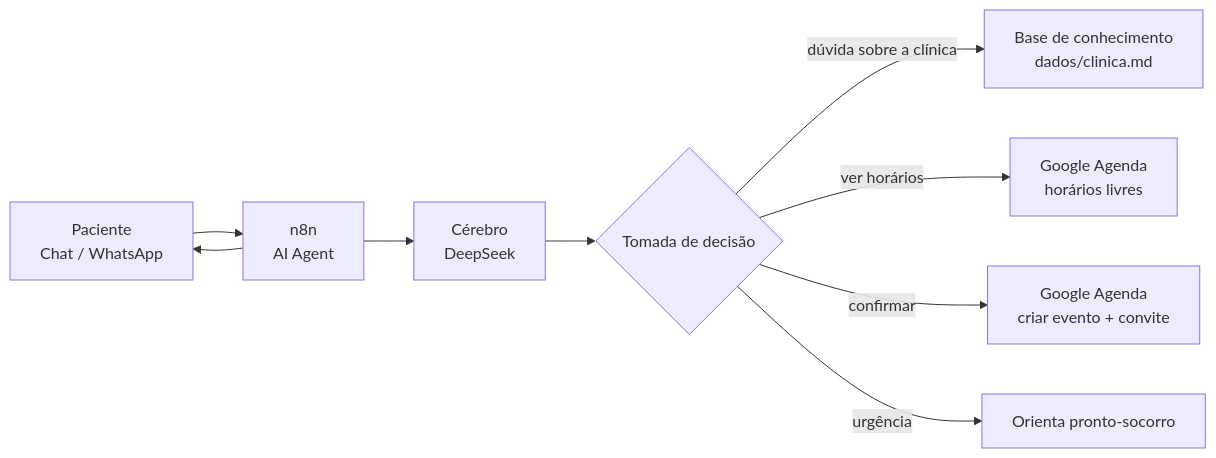
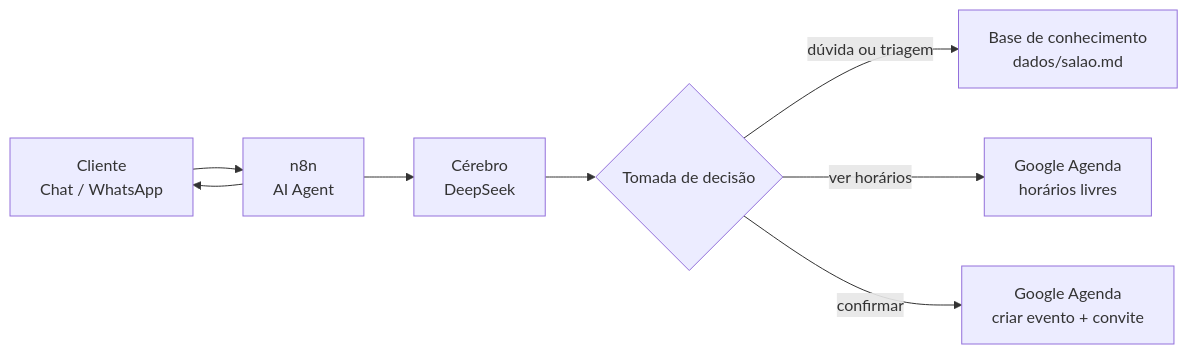
One commit to kbrianps/jabuticaba changed the diagram in README.md. Above: the diagram before and after it, drawn with Mermaid. The commit also changed other lines of this file and 4 other files, not shown here.

````diff
--- a/README.md
+++ b/README.md
@@ -36,11 +36,10 @@
 ```mermaid
 flowchart LR
-    U[Paciente<br/>Chat / WhatsApp] --> N[n8n<br/>AI Agent]
+    U[Cliente<br/>Chat / WhatsApp] --> N[n8n<br/>AI Agent]
     N --> L[Cérebro<br/>DeepSeek]
     L --> D{Tomada de decisão}
-    D -- dúvida sobre a clínica --> K[Base de conhecimento<br/>dados/clinica.md]
+    D -- dúvida ou triagem --> K[Base de conhecimento<br/>dados/salao.md]
     D -- ver horários --> G1[Google Agenda<br/>horários livres]
     D -- confirmar --> G2[Google Agenda<br/>criar evento + convite]
-    D -- urgência --> P[Orienta pronto-socorro]
     N --> U
 ```
````
